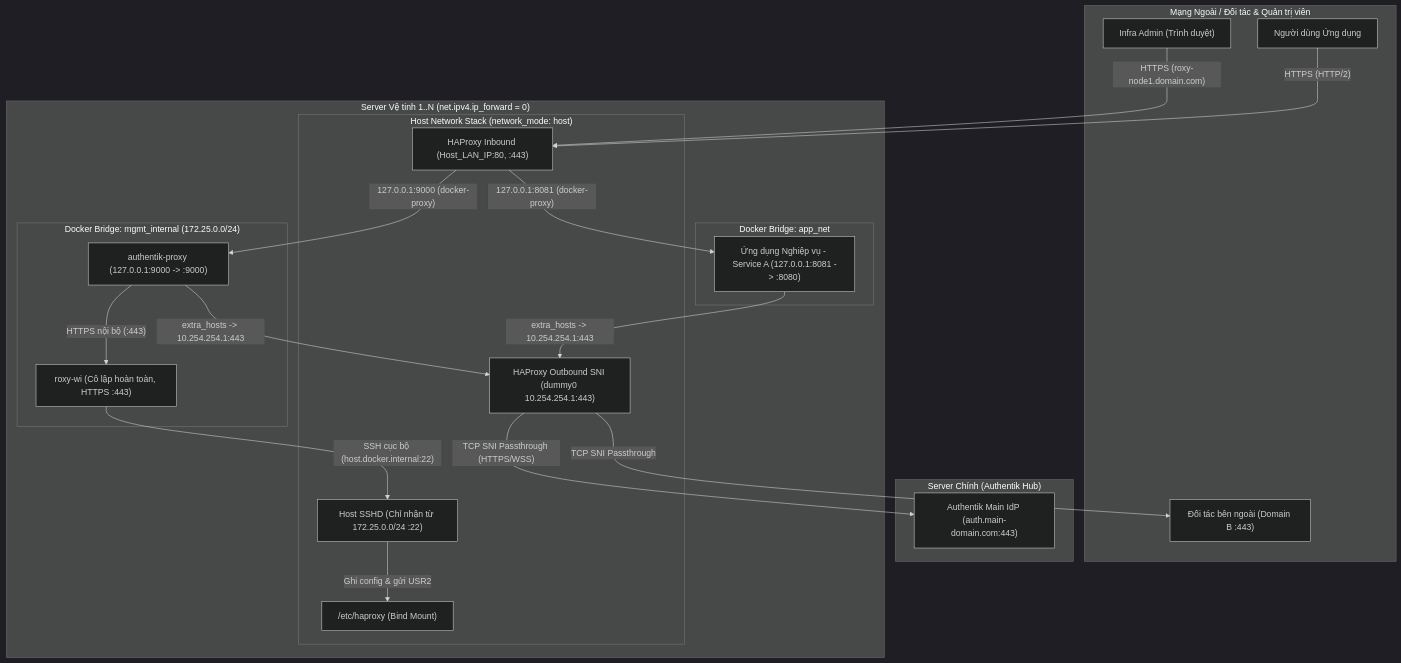
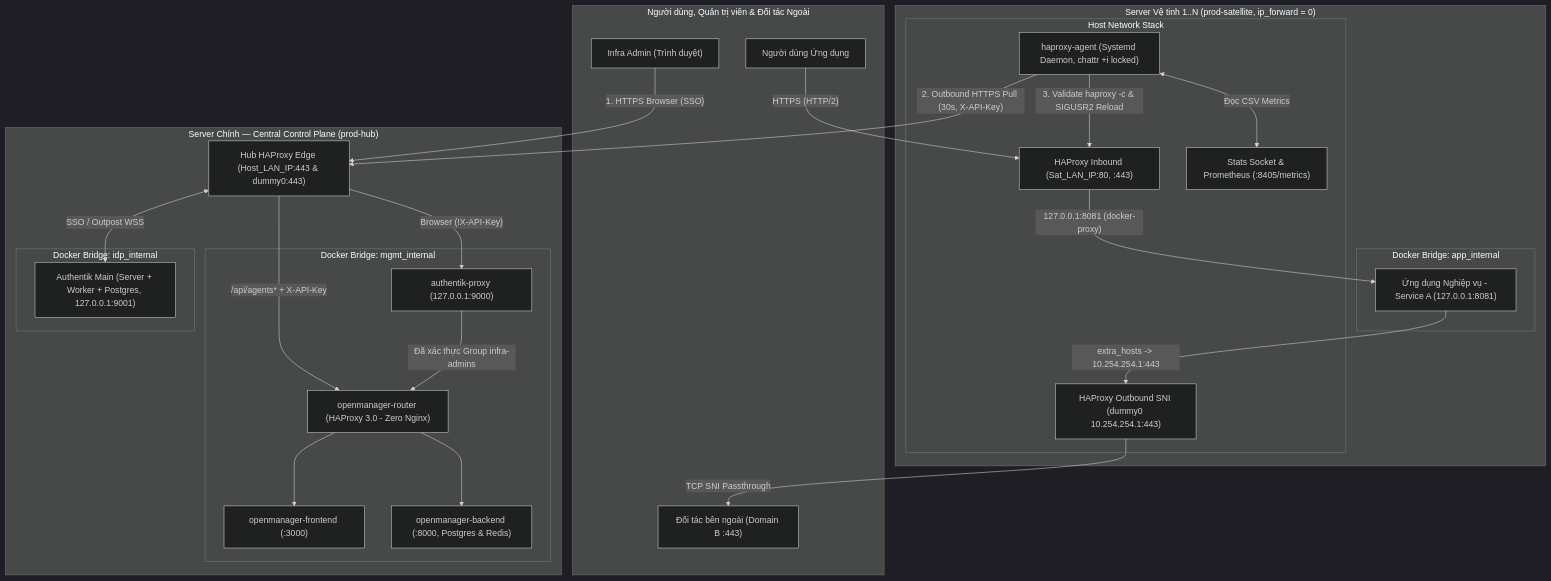
One commit to OrgGem/rpa-revert-proxy changed the first of 2 diagrams in BRD.md. Above: the diagram before and after it, drawn with Mermaid (dark theme). The commit also changed other lines of this file and 37 other files, not shown here.

Commit message:
feat(v1.1.0): implement HAProxy OpenManager pull-agent control plane, zero-nginx hub, and 7-gate PoC suite

````diff
--- a/BRD.md
+++ b/BRD.md
@@ -85,43 +70,50 @@
 ```mermaid
 flowchart TB
-    subgraph External["Mạng Ngoài / Đối tác & Quản trị viên"]
+    subgraph External["Người dùng, Quản trị viên & Đối tác Ngoài"]
         Admin["Infra Admin (Trình duyệt)"]
         ExtUser["Người dùng Ứng dụng"]
         PartnerAPI["Đối tác bên ngoài (Domain B :443)"]
     end
 
-    subgraph MainServer["Server Chính (Authentik Hub)"]
-        AuthMain["Authentik Main IdP (auth.main-domain.com:443)"]
-    end
-
-    subgraph SatServer["Server Vệ tinh 1..N (net.ipv4.ip_forward = 0)"]
-        subgraph HostNet["Host Network Stack (network_mode: host)"]
-            HAP_In["HAProxy Inbound (Host_LAN_IP:80, :443)"]
-            HAP_Out["HAProxy Outbound SNI (dummy0 10.254.254.1:443)"]
-            SSHD["Host SSHD (Chỉ nhận từ 172.25.0.0/24 :22)"]
-            EtcHaproxy["/etc/haproxy (Bind Mount)"]
+    subgraph HubServer["Server Chính — Central Control Plane (prod-hub)"]
+        HubHAP["Hub HAProxy Edge (Host_LAN_IP:443 & dummy0:443)"]
+        subgraph HubMgmtNet["Docker Bridge: mgmt_internal"]
+            AuthProxy["authentik-proxy (127.0.0.1:9000)"]
+            OMRouter["openmanager-router (HAProxy 3.0 - Zero Nginx)"]
+            OMFront["openmanager-frontend (:3000)"]
+            OMBack["openmanager-backend (:8000, Postgres & Redis)"]
         end
-
-        subgraph MgmtBridge["Docker Bridge: mgmt_internal (172.25.0.0/24)"]
-            AuthProxy["authentik-proxy (127.0.0.1:9000 -> :9000)"]
-            RoxyWI["roxy-wi (Cô lập hoàn toàn, HTTPS :443)"]
-        end
-
-        subgraph AppBridge["Docker Bridge: app_net"]
-            ServiceA["Ứng dụng Nghiệp vụ - Service A (127.0.0.1:8081 -> :8080)"]
+        subgraph HubIdpNet["Docker Bridge: idp_internal"]
+            AuthMain["Authentik Main (Server + Worker + Postgres, 127.0.0.1:9001)"]
         end
     end
 
-    ExtUser -->|"HTTPS (HTTP/2)"| HAP_In
-    Admin -->|"HTTPS (roxy-node1.domain.com)"| HAP_In
-    HAP_In -->|"127.0.0.1:8081 (docker-proxy)"| ServiceA
-    HAP_In -->|"127.0.0.1:9000 (docker-proxy)"| AuthProxy
-    AuthProxy -->|"HTTPS nội bộ (:443)"| RoxyWI
-    RoxyWI -->|"SSH cục bộ (host.docker.internal:22)"| SSHD
-    SSHD -->|"Ghi config & gửi USR2"| EtcHaproxy
+    subgraph SatServer["Server Vệ tinh 1..N (prod-satellite, ip_forward = 0)"]
+        subgraph SatHost["Host Network Stack"]
+            SatHAP_In["HAProxy Inbound (Sat_LAN_IP:80, :443)"]
+            SatHAP_Out["HAProxy Outbound SNI (dummy0 10.254.254.1:443)"]
+            SatStats["Stats Socket & Prometheus (:8405/metrics)"]
+            SatAgent["haproxy-agent (Systemd Daemon, chattr +i locked)"]
+        end
+        subgraph SatAppNet["Docker Bridge: app_internal"]
+            ServiceA["Ứng dụng Nghiệp vụ - Service A (127.0.0.1:8081)"]
+        end
+    end
 
-    ServiceA -->|"extra_hosts -> 10.254.254.1:443"| HAP_Out
-    AuthProxy -->|"extra_hosts -> 10.254.254.1:443"| HAP_Out
-    HAP_Out -->|"TCP SNI Passthrough"| PartnerAPI
-    HAP_Out -->|"TCP SNI Passthrough (HTTPS/WSS)"| AuthMain
+    Admin -->|"1. HTTPS Browser (SSO)"| HubHAP
+    HubHAP -->|"Browser (!X-API-Key)"| AuthProxy
+    AuthProxy -->|"Đã xác thực Group infra-admins"| OMRouter
+    OMRouter --> OMFront
+    OMRouter --> OMBack
+    HubHAP <-->|"SSO / Outpost WSS"| AuthMain
+
+    SatAgent -->|"2. Outbound HTTPS Pull (30s, X-API-Key)"| HubHAP
+    HubHAP -->|"/api/agents* + X-API-Key"| OMRouter
+    SatAgent -->|"3. Validate haproxy -c & SIGUSR2 Reload"| SatHAP_In
+    SatAgent <-->|"Đọc CSV Metrics"| SatStats
+
+    ExtUser -->|"HTTPS (HTTP/2)"| SatHAP_In
+    SatHAP_In -->|"127.0.0.1:8081 (docker-proxy)"| ServiceA
+    ServiceA -->|"extra_hosts -> 10.254.254.1:443"| SatHAP_Out
+    SatHAP_Out -->|"TCP SNI Passthrough"| PartnerAPI
 ```
````
